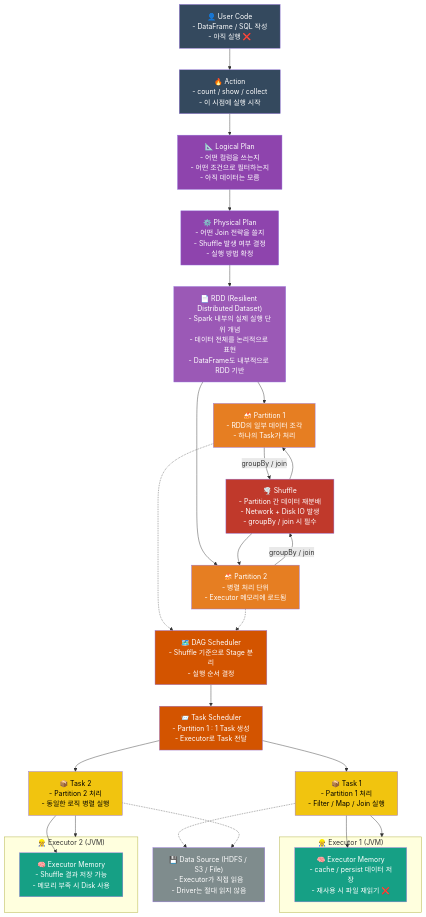
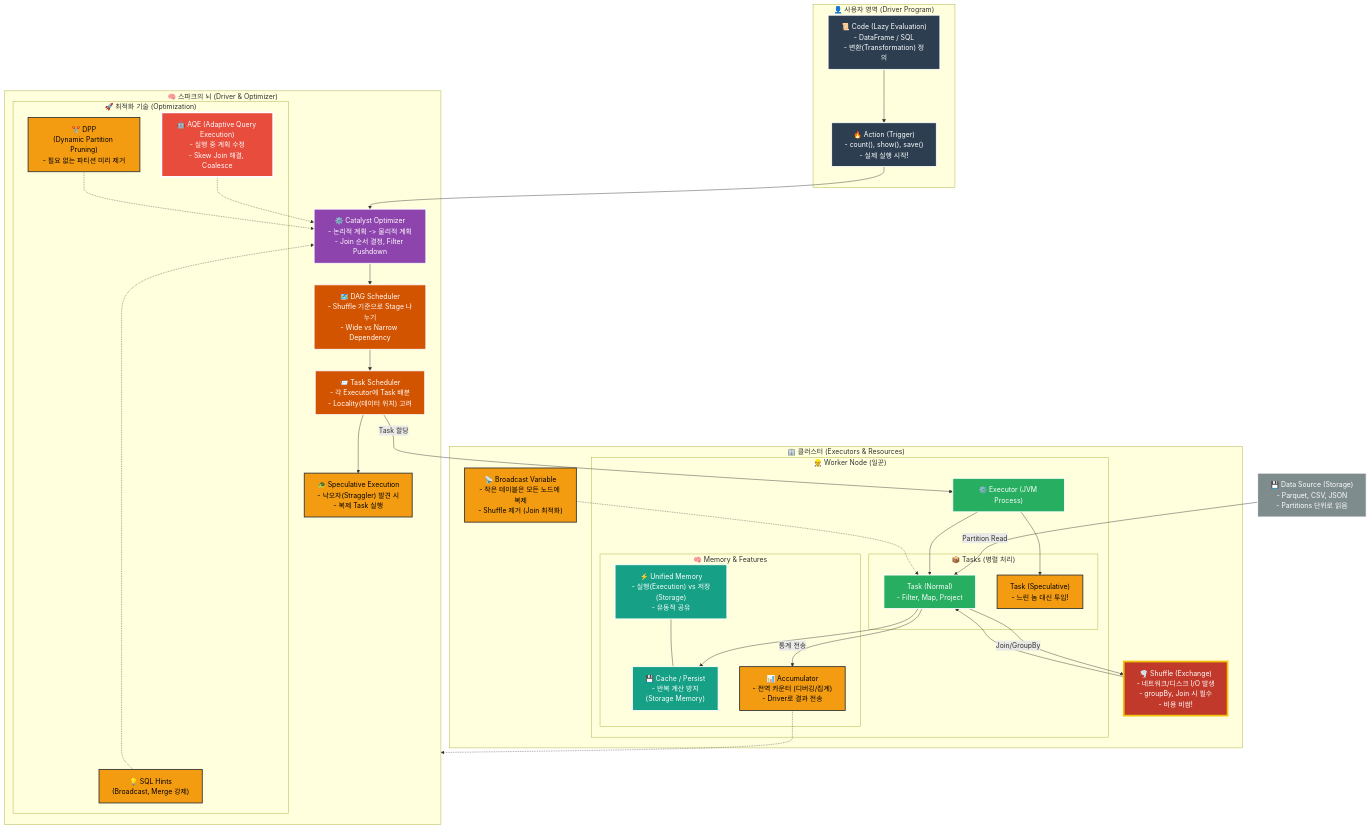
The diagram in 20_Wiki/22_Data_Processing/Spark/01_Spark_Master_Map.md (hgim96715-lgtm/gong_home), drawn with Mermaid before and after one commit. The commit also changed other lines of this file and 13 other files, not shown here.

````diff
--- a/20_Wiki/22_Data_Processing/Spark/01_Spark_Master_Map.md
+++ b/20_Wiki/22_Data_Processing/Spark/01_Spark_Master_Map.md
@@ -6,103 +6,112 @@
 ```mermaid
 graph TD
     %% ==========================================
-    %% 🎨 스타일 정의 (역할 구분)
+    %% 🎨 스타일 정의 (가독성 UP)
     %% ==========================================
-    classDef user fill:#34495e,color:#fff;
-    classDef brain fill:#2980b9,color:#fff;
-    classDef plan fill:#8e44ad,color:#fff;
-    classDef rdd fill:#9b59b6,color:#fff;
-    classDef partition fill:#e67e22,color:#fff;
-    classDef scheduler fill:#d35400,color:#fff;
-    classDef task fill:#f1c40f,color:#000;
-    classDef exec fill:#27ae60,color:#fff;
-    classDef memory fill:#16a085,color:#fff;
-    classDef data fill:#7f8c8d,color:#fff;
-    classDef shuffle fill:#c0392b,color:#fff;
+    classDef user fill:#2c3e50,stroke:#fff,stroke-width:2px,color:#fff;
+    classDef driver fill:#8e44ad,stroke:#fff,stroke-width:2px,color:#fff;
+    classDef optimizer fill:#e74c3c,stroke:#fff,stroke-width:4px,color:#fff;
+    classDef scheduler fill:#d35400,stroke:#fff,stroke-width:2px,color:#fff;
+    classDef executor fill:#27ae60,stroke:#fff,stroke-width:2px,color:#fff;
+    classDef memory fill:#16a085,stroke:#fff,stroke-width:2px,color:#fff;
+    classDef data fill:#7f8c8d,stroke:#fff,stroke-width:2px,color:#fff;
+    classDef shuffle fill:#c0392b,stroke:#f1c40f,stroke-width:4px,color:#fff;
+    classDef optimization fill:#f39c12,stroke:#333,stroke-width:2px,color:#000;
 
     %% ==========================================
-    %% 1. 사용자
+    %% 1. 사용자 영역 (Level 1)
     %% ==========================================
-    Code["👤 User Code<br/>- DataFrame / SQL 작성<br/>- 아직 실행 ❌"]:::user
-    Action["🔥 Action<br/>- count / show / collect<br/>- 이 시점에 실행 시작"]:::user
-
-    %% ==========================================
-    %% 2. Driver & Catalyst
-    %% ==========================================
-    LogPlan["📐 Logical Plan<br/>- 어떤 컬럼을 쓰는지<br/>- 어떤 조건으로 필터하는지<br/>- 아직 데이터는 모름"]:::plan
-
-    PhyPlan["⚙️ Physical Plan<br/>- 어떤 Join 전략을 쓸지<br/>- Shuffle 발생 여부 결정<br/>- 실행 방법 확정"]:::plan
-
-    %% ==========================================
-    %% 3. RDD (핵심 개념)
-    %% ==========================================
-    RDD["📄 RDD (Resilient Distributed Dataset)<br/>- Spark 내부의 실제 실행 단위 개념<br/>- 데이터 전체를 논리적으로 표현<br/>- DataFrame도 내부적으로 RDD 기반"]:::rdd
-
-    %% ==========================================
-    %% 4. Partition
-    %% ==========================================
-    P1["🍰 Partition 1<br/>- RDD의 일부 데이터 조각<br/>- 하나의 Task가 처리"]:::partition
-    P2["🍰 Partition 2<br/>- 병렬 처리 단위<br/>- Executor 메모리에 로드됨"]:::partition
-
-    %% ==========================================
-    %% 5. Scheduler
-    %% ==========================================
-    DAG["🗺️ DAG Scheduler<br/>- Shuffle 기준으로 Stage 분리<br/>- 실행 순서 결정"]:::scheduler
-
-    TaskSched["📨 Task Scheduler<br/>- Partition 1 : 1 Task 생성<br/>- Executor로 Task 전달"]:::scheduler
-
-    %% ==========================================
-    %% 6. Task
-    %% ==========================================
-    T1["📦 Task 1<br/>- Partition 1 처리<br/>- Filter / Map / Join 실행"]:::task
-    T2["📦 Task 2<br/>- Partition 2 처리<br/>- 동일한 로직 병렬 실행"]:::task
-
-    %% ==========================================
-    %% 7. Executor & Memory
-    %% ==========================================
-    subgraph Exec1 ["👷 Executor 1 (JVM)"]
-        Mem1["🧠 Executor Memory<br/>- cache / persist 데이터 저장<br/>- 재사용 시 파일 재읽기 ❌"]:::memory
-    end
-
-    subgraph Exec2 ["👷 Executor 2 (JVM)"]
-        Mem2["🧠 Executor Memory<br/>- Shuffle 결과 저장 가능<br/>- 메모리 부족 시 Disk 사용"]:::memory
+    subgraph User_Space ["👤 사용자 영역 (Driver Program)"]
+        Code["📜 Code (Lazy Evaluation)<br/>- DataFrame / SQL<br/>- 변환(Transformation) 정의"]:::user
+        
+        Action["🔥 Action (Trigger)<br/>- count(), show(), save()<br/>- 실제 실행 시작!"]:::user
     end
 
     %% ==========================================
-    %% 8. Shuffle
+    %% 2. 최적화 & 계획 영역 (Level 2 & 3)
     %% ==========================================
-    Shuffle["🌪️ Shuffle<br/>- Partition 간 데이터 재분배<br/>- Network + Disk IO 발생<br/>- groupBy / join 시 필수"]:::shuffle
+    subgraph Driver_Brain ["🧠 스파크의 뇌 (Driver & Optimizer)"]
+        
+        Catalyst["⚙️ Catalyst Optimizer<br/>- 논리적 계획 -> 물리적 계획<br/>- Join 순서 결정, Filter Pushdown"]:::driver
+        
+        subgraph Opt_Techs ["🚀 최적화 기술 (Optimization)"]
+            Hints["💡 SQL Hints<br/>(Broadcast, Merge 강제)"]:::optimization
+            AQE["🤖 AQE (Adaptive Query Execution)<br/>- 실행 중 계획 수정<br/>- Skew Join 해결, Coalesce"]:::optimizer
+            DPP["✂️ DPP<br/>(Dynamic Partition Pruning)<br/>- 필요 없는 파티션 미리 제거"]:::optimization
+        end
+        
+        DAG["🗺️ DAG Scheduler<br/>- Shuffle 기준으로 Stage 나누기<br/>- Wide vs Narrow Dependency"]:::scheduler
+        
+        TaskSched["📨 Task Scheduler<br/>- 각 Executor에 Task 배분<br/>- Locality(데이터 위치) 고려"]:::scheduler
+        
+        Speculation["🐢 Speculative Execution<br/>- 낙오자(Straggler) 발견 시<br/>- 복제 Task 실행"]:::optimization
+    end
 
     %% ==========================================
-    %% 9. Data Source
+    %% 3. 실행 & 데이터 영역 (Level 0 & 2)
     %% ==========================================
-    File["💾 Data Source (HDFS / S3 / File)<br/>- Executor가 직접 읽음<br/>- Driver는 절대 읽지 않음"]:::data
+    subgraph Cluster_Farm ["🏢 클러스터 (Executors & Resources)"]
+        
+        subgraph Worker_Node ["👷 Worker Node (일꾼)"]
+            
+            Exec["⚙️ Executor (JVM Process)"]:::executor
+            
+            subgraph Task_Types ["📦 Tasks (병렬 처리)"]
+                TaskNormal["Task (Normal)<br/>- Filter, Map, Project"]:::executor
+                TaskSpec["Task (Speculative)<br/>- 느린 놈 대신 투입!"]:::optimization
+            end
+
+            subgraph Memory_Zone ["🧠 Memory & Features"]
+                Cache["💾 Cache / Persist<br/>- 반복 계산 방지<br/>(Storage Memory)"]:::memory
+                UnifiedMem["⚡ Unified Memory<br/>- 실행(Execution) vs 저장(Storage)<br/>- 유동적 공유"]:::memory
+                Accum["📊 Accumulator<br/>- 전역 카운터 (디버깅/집계)<br/>- Driver로 결과 전송"]:::optimization
+            end
+        end
+
+        Shuffle["🌪️ Shuffle (Exchange)<br/>- 네트워크/디스크 I/O 발생<br/>- groupBy, Join 시 필수<br/>- 비용 비쌈!"]:::shuffle
+        
+        Broadcast["📡 Broadcast Variable<br/>- 작은 테이블은 모든 노드에 복제<br/>- Shuffle 제거 (Join 최적화)"]:::optimization
+    end
 
     %% ==========================================
-    %% 🔗 흐름
+    %% 4. 데이터 소스 (Level 4)
     %% ==========================================
-    Code --> Action --> LogPlan --> PhyPlan
-    PhyPlan --> RDD
-    RDD --> P1
-    RDD --> P2
+    File["💾 Data Source (Storage)<br/>- Parquet, CSV, JSON<br/>- Partitions 단위로 읽음"]:::data
 
-    P1 -.-> DAG
-    P2 -.-> DAG
+    %% ==========================================
+    %% 🔗 연결 흐름 (Flow)
+    %% ==========================================
+    
+    %% 사용자 -> 드라이버
+    Code --> Action
+    Action --> Catalyst
+
+    %% 최적화 기술 적용
+    Hints -.-> Catalyst
+    AQE -.-> Catalyst
+    DPP -.-> Catalyst
+    Catalyst --> DAG
+
+    %% 스케줄링
     DAG --> TaskSched
+    TaskSched --> Speculation
+    TaskSched -- "Task 할당" --> Exec
 
-    TaskSched --> T1 --> Exec1
-    TaskSched --> T2 --> Exec2
+    %% 실행 및 데이터 처리
+    File -- "Partition Read" --> TaskNormal
+    Exec --> TaskNormal
+    Exec --> TaskSpec
+    
+    %% 메모리 및 기능
+    TaskNormal --> Cache
+    TaskNormal -- "통계 전송" --> Accum
+    Accum -.-> Driver_Brain
 
-    P1 -- groupBy / join --> Shuffle
-    P2 -- groupBy / join --> Shuffle
+    %% 셔플 및 브로드캐스트
+    TaskNormal -- "Join/GroupBy" --> Shuffle
+    Shuffle --> TaskNormal
+    Broadcast -.-> TaskNormal
 
-    Shuffle --> P1
-    Shuffle --> P2
-
-    T1 -.-> File
-    T2 -.-> File
-
-    T1 --> Mem1
-    T2 --> Mem2
-
+    %% 레전드 연결 (레이아웃용)
+    UnifiedMem --- Cache
 ```
````
